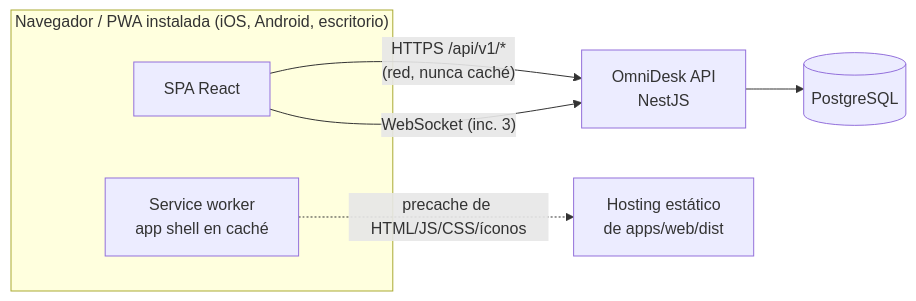
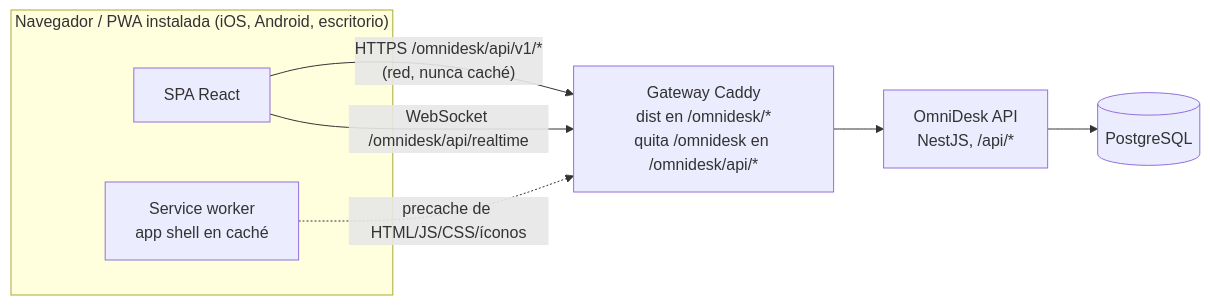
One commit to inerhead/OmniDesk changed the second of 2 diagrams in docs/arquitectura.md. Above: the diagram before and after it, drawn with Mermaid. The commit also changed other lines of this file and 47 other files, not shown here.

````diff
--- a/docs/arquitectura.md
+++ b/docs/arquitectura.md
@@ -129,11 +136,12 @@
 ```mermaid
 flowchart LR
     subgraph Cliente["Navegador / PWA instalada (iOS, Android, escritorio)"]
         SW[Service worker<br/>app shell en caché]
         SPA[SPA React]
     end
-    SPA -- "HTTPS /api/v1/*<br/>(red, nunca caché)" --> API[OmniDesk API<br/>NestJS]
-    SPA -- "WebSocket (inc. 3)" --> API
-    SW -. "precache de HTML/JS/CSS/íconos" .-> STATIC[Hosting estático<br/>de apps/web/dist]
+    SPA -- "HTTPS /omnidesk/api/v1/*<br/>(red, nunca caché)" --> GW
+    SPA -- "WebSocket /omnidesk/api/realtime" --> GW
+    SW -. "precache de HTML/JS/CSS/íconos" .-> GW
+    GW[Gateway Caddy<br/>dist en /omnidesk/*<br/>quita /omnidesk en /omnidesk/api/*] --> API[OmniDesk API<br/>NestJS, /api/*]
     API --> DB[(PostgreSQL)]
 ```
````
